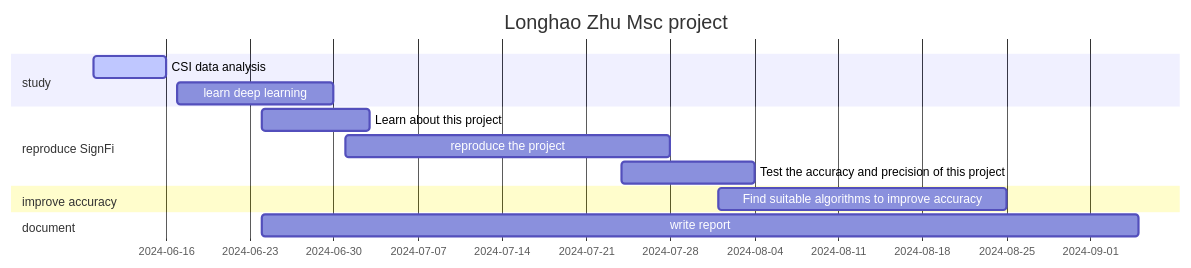
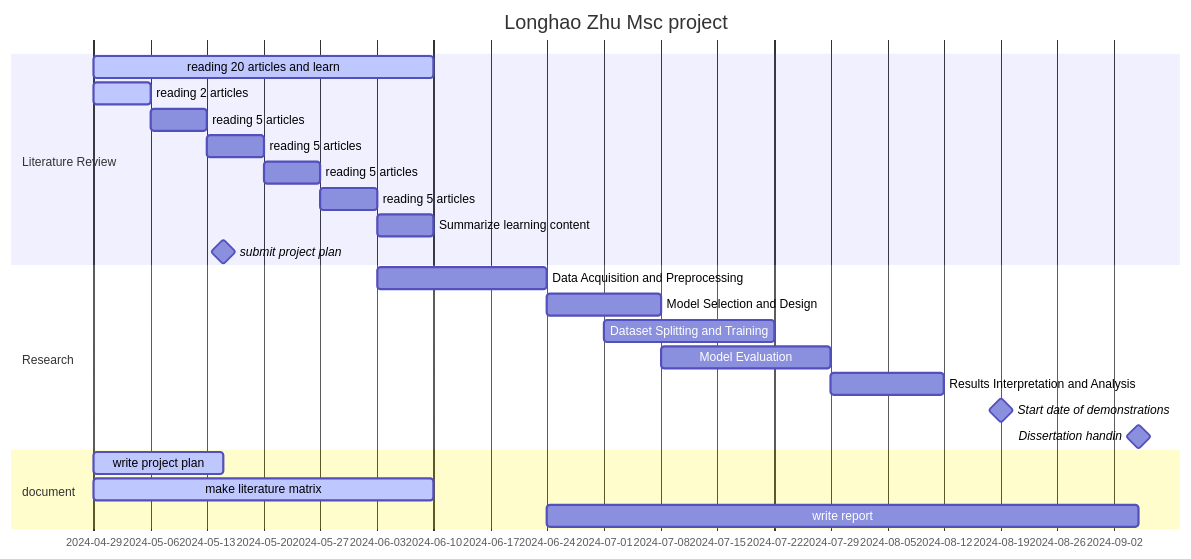
The diagram in document/plan/ganttchart.md (zlhbest/Msc_project), drawn with Mermaid before and after one commit. The commit also changed 5 other files, not shown here.

Commit message:
add ganttchart

````diff
--- a/document/plan/ganttchart.md
+++ b/document/plan/ganttchart.md
@@ -27,21 +27,34 @@
 ```Mermaid
 gantt
     dateFormat  YYYY-MM-DD
     title       Longhao Zhu Msc project
+    tickInterval 1week
+    weekday monday
 
 
-    section study
-    CSI data analysis            :active,  study_task1, 2024-06-10,2024-06-16
-    learn deep learning          :study_task2,2024-06-17,2024-06-30
+    %%  until 10th june, i need to read 20 articles at least
+    section Literature Review
+    reading 20 articles and learn        :active,pre_task1, 2024-04-29,2024-06-10
+    reading 2 articles          : active,read1, 2024-04-29,1w
+    reading 5 articles          : read2, 2024-05-06,1w
+    reading 5 articles          : read3,2024-05-13,1w
+    reading 5 articles          : read3,2024-05-20,1w
+    reading 5 articles          : read3,2024-05-27,1w
+    Summarize learning content  : sum,2024-06-03,1w
+    submit project plan         : milestone, m1, 2024-05-15,
 
-    section reproduce SignFi
-    Learn about this project     : signFi_task1,2024-06-24,2024-07-03
-    reproduce the project        : signFi_task2,2024-07-01,2024-07-28
-    Test the accuracy and precision of this project : signFi_task3,2024-07-24,2024-08-04
 
-    section improve accuracy
-    Find suitable algorithms to improve accuracy : final_task,2024-08-01,2024-08-25
+    section Research
+    Data Acquisition and Preprocessing  : task1,2024-06-03,3w
+    Model Selection and Design          : task2, after task1,2w
+    Dataset Splitting and Training      : task3, 2024-07-01,3w
+    Model Evaluation                    : task4, 2024-07-08,3w
+    Results Interpretation and Analysis : task5, after task4,2w
+    Start date of demonstrations        : milestone,m2,2024-08-19,
+    Dissertation handin                 : milestone,m3,2024-09-05,
 
     section document
+    write project plan : active, plan,2024-04-29,until m1
+    make literature matrix: active,pre_task1, 2024-04-29,2024-06-10
     write report : report_task, 2024-06-24,2024-09-05
 ```
````
